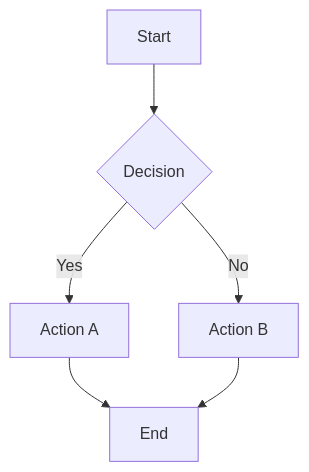
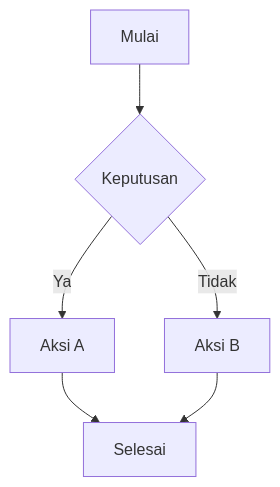
Before and after one commit to alsyauqi/docs: the seventh of 8 diagrams in flowcharts.mdx, drawn with Mermaid. The commit also changed other lines of this file, not shown here.

````diff
--- a/flowcharts.mdx
+++ b/flowcharts.mdx
@@ -157,8 +157,8 @@
-```mermaid With Decisions
+```mermaid Dengan Keputusan
 flowchart TD
-    A[Start] --> B{Decision}
-    B -->|Yes| C[Action A]
-    B -->|No| D[Action B]
-    C --> E[End]
+    A[Mulai] --> B{Keputusan}
+    B -->|Ya| C[Aksi A]
+    B -->|Tidak| D[Aksi B]
+    C --> E[Selesai]
     D --> E
 ```
````
